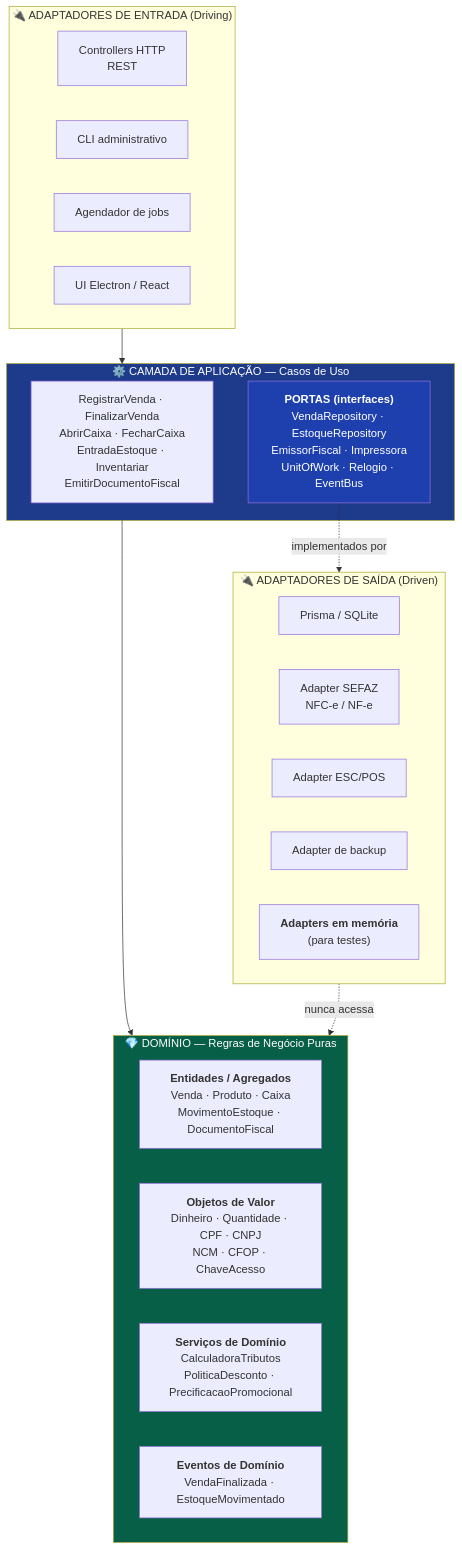
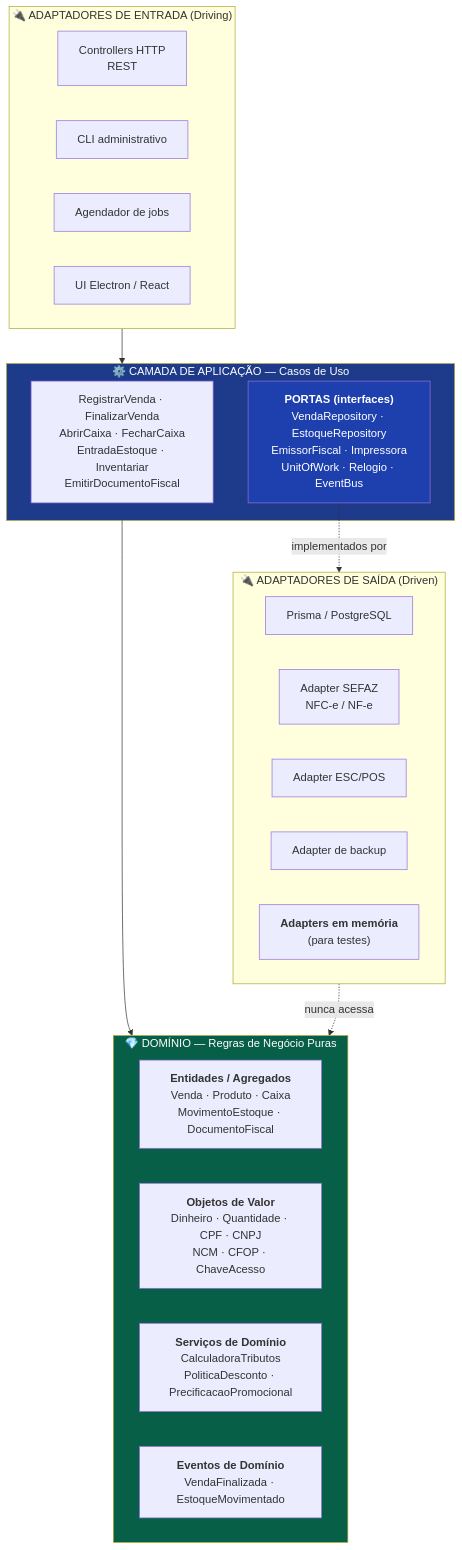
Before and after one commit to brilhatex-dotcom/erp-pdv: the third of 17 diagrams in docs/ARQUITETURA.md, drawn with Mermaid. The commit also changed other lines of this file and 1 other file, not shown here.

````diff
--- a/docs/ARQUITETURA.md
+++ b/docs/ARQUITETURA.md
@@ -230,38 +238,38 @@
 ```mermaid
 graph TB
     subgraph EXT["🔌 ADAPTADORES DE ENTRADA (Driving)"]
         HTTP[Controllers HTTP<br/>REST]
         CLI[CLI administrativo]
         CRON[Agendador de jobs]
         UI2[UI Electron / React]
     end
 
     subgraph APP["⚙️ CAMADA DE APLICAÇÃO — Casos de Uso"]
         UC["RegistrarVenda · FinalizarVenda<br/>AbrirCaixa · FecharCaixa<br/>EntradaEstoque · Inventariar<br/>EmitirDocumentoFiscal"]
         PORTS["<b>PORTAS (interfaces)</b><br/>VendaRepository · EstoqueRepository<br/>EmissorFiscal · Impressora<br/>UnitOfWork · Relogio · EventBus"]
     end
 
     subgraph DOM["💎 DOMÍNIO — Regras de Negócio Puras"]
         ENT["<b>Entidades / Agregados</b><br/>Venda · Produto · Caixa<br/>MovimentoEstoque · DocumentoFiscal"]
         VO["<b>Objetos de Valor</b><br/>Dinheiro · Quantidade · CPF · CNPJ<br/>NCM · CFOP · ChaveAcesso"]
         SRV["<b>Serviços de Domínio</b><br/>CalculadoraTributos<br/>PoliticaDesconto · PrecificacaoPromocional"]
         EVT["<b>Eventos de Domínio</b><br/>VendaFinalizada · EstoqueMovimentado"]
     end
 
     subgraph INFRA["🔌 ADAPTADORES DE SAÍDA (Driven)"]
-        PRISMA[Prisma / SQLite]
+        PRISMA[Prisma / PostgreSQL]
         SEFAZ2[Adapter SEFAZ<br/>NFC-e / NF-e]
         ESCPOS[Adapter ESC/POS]
         S3[Adapter de backup]
         MOCK["<b>Adapters em memória</b><br/>(para testes)"]
     end
 
     EXT --> APP
     APP --> DOM
     PORTS -.implementados por.-> INFRA
     INFRA -.->|nunca acessa| DOM
 
     style DOM fill:#065f46,color:#fff
     style APP fill:#1e3a8a,color:#fff
     style PORTS fill:#1e40af,color:#fff
 ```
````
